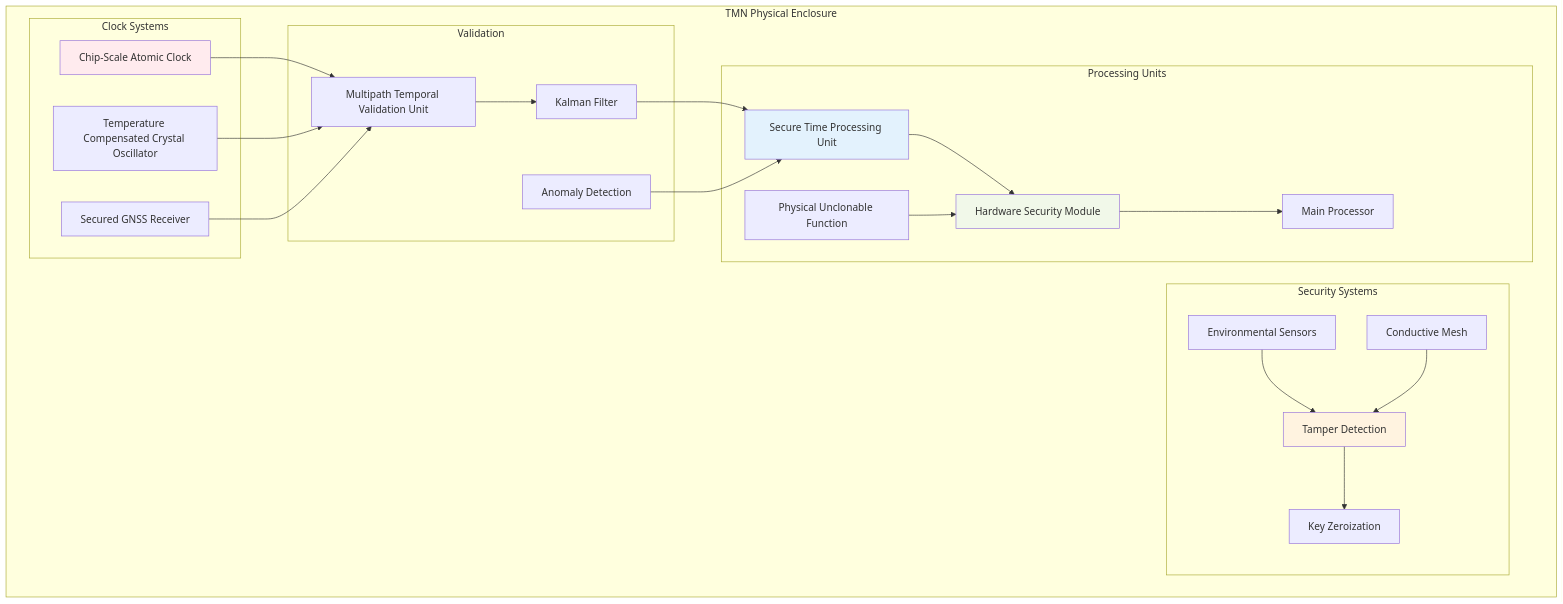
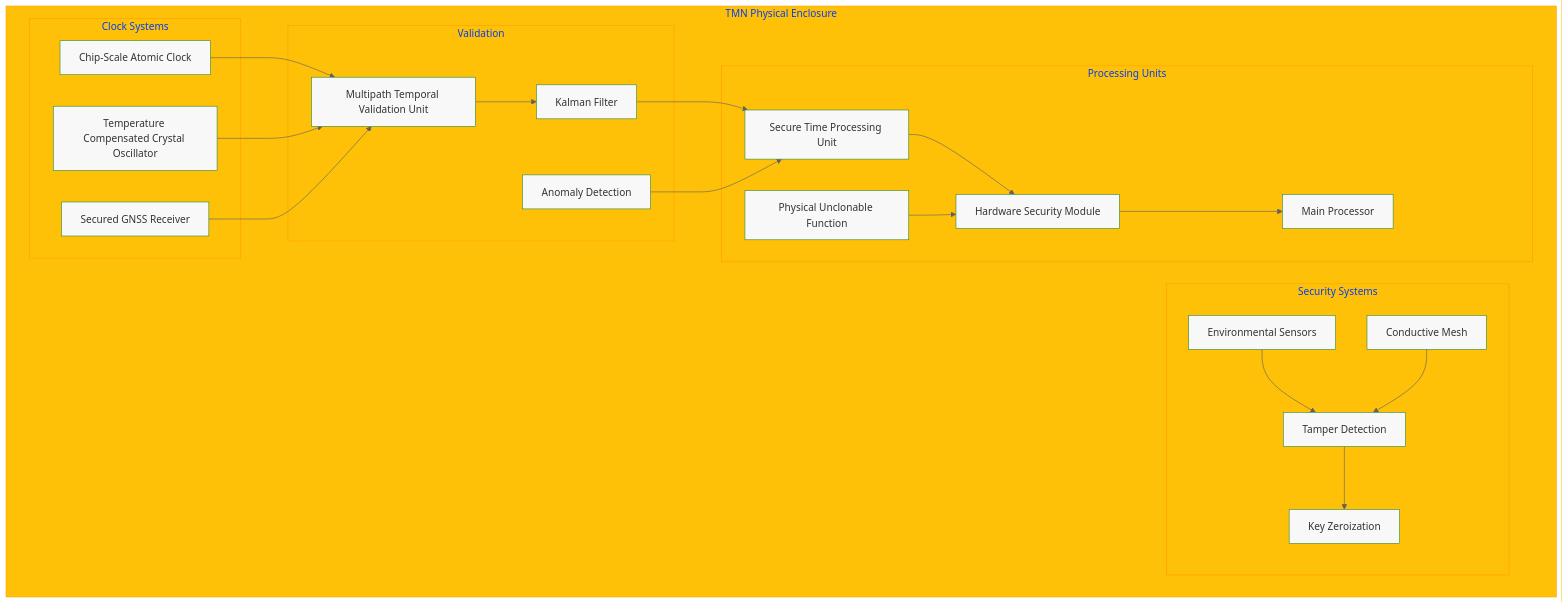
The second of 10 diagrams in docs/architecture.md (nshkrdotcom/ChronoLedger), drawn with Mermaid before and after one commit. The commit also changed other lines of this file and 6 other files, not shown here.

````diff
--- a/docs/architecture.md
+++ b/docs/architecture.md
@@ -73,50 +79,56 @@
 ```mermaid
+%%{init: {'theme': 'base', 'themeVariables': {
+    'primaryColor': '#4CAF50',
+    'primaryBorderColor': '#388E3C',
+    'secondaryColor': '#2196F3',
+    'secondaryBorderColor': '#1976D2',
+    'tertiaryColor': '#FFC107',
+    'tertiaryBorderColor': '#FFA000',
+    'lineColor': '#616161',
+    'textColor': '#212121',
+    'mainBkg': '#F8F8F8'
+}}}%%
 graph TD
     subgraph "TMN Physical Enclosure"
         subgraph "Clock Systems"
             CSAC[Chip-Scale Atomic Clock]
             TCXO[Temperature Compensated Crystal Oscillator]
             GNSS[Secured GNSS Receiver]
         end
         
         subgraph "Processing Units"
             STPU[Secure Time Processing Unit]
             HSM[Hardware Security Module]
             PUF[Physical Unclonable Function]
             CPU[Main Processor]
         end
         
         subgraph "Security Systems"
             TAMPER[Tamper Detection]
             SENSORS[Environmental Sensors]
             MESH[Conductive Mesh]
             ZEROIZE[Key Zeroization]
         end
         
         subgraph "Validation"
             MTVU[Multipath Temporal Validation Unit]
             KALMAN[Kalman Filter]
             ANOMALY[Anomaly Detection]
         end
     end
     
     CSAC --> MTVU
     TCXO --> MTVU
     GNSS --> MTVU
     MTVU --> KALMAN
     KALMAN --> STPU
     ANOMALY --> STPU
     
     STPU --> HSM
     PUF --> HSM
     HSM --> CPU
     
     TAMPER --> ZEROIZE
     SENSORS --> TAMPER
     MESH --> TAMPER
-    
-    style CSAC fill:#ffebee
-    style STPU fill:#e3f2fd
-    style HSM fill:#f1f8e9
-    style TAMPER fill:#fff3e0
 ```
````
